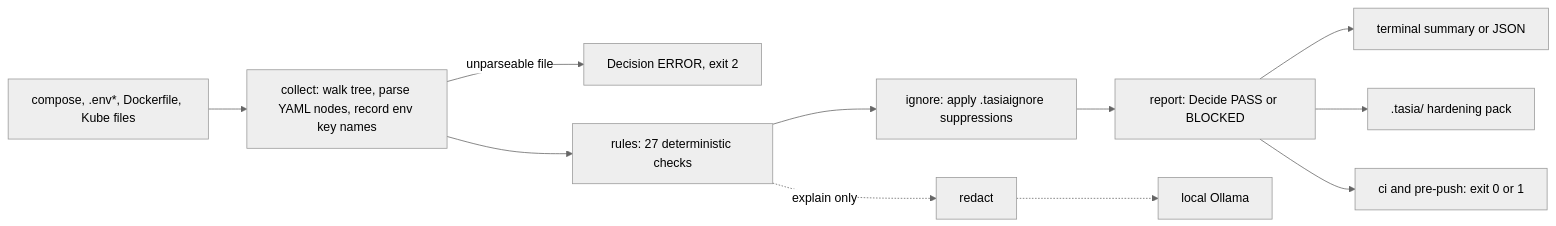
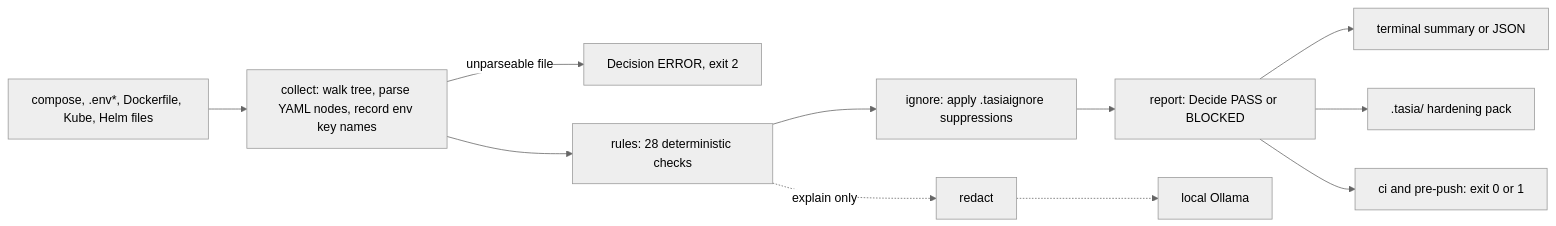
Before and after one commit to joeyvictorino/tasia: the diagram in README.md, drawn with Mermaid (neutral theme). The commit also changed other lines of this file and 10 other files, not shown here.

First line of the commit message:
feat: Helm values.yaml security scanning — 28 rules

````diff
--- a/README.md
+++ b/README.md
@@ -158,12 +159,12 @@
 ```mermaid
 flowchart LR
-  F["compose, .env*, Dockerfile, Kube files"] --> C["collect: walk tree, parse YAML nodes, record env key names"]
+  F["compose, .env*, Dockerfile, Kube, Helm files"] --> C["collect: walk tree, parse YAML nodes, record env key names"]
   C -- "unparseable file" --> X["Decision ERROR, exit 2"]
-  C --> R["rules: 27 deterministic checks"]
+  C --> R["rules: 28 deterministic checks"]
   R --> I["ignore: apply .tasiaignore suppressions"]
   I --> D["report: Decide PASS or BLOCKED"]
   D --> T["terminal summary or JSON"]
   D --> P[".tasia/ hardening pack"]
   D --> G["ci and pre-push: exit 0 or 1"]
   R -. "explain only" .-> RD["redact"] -.-> O["local Ollama"]
 ```
````
